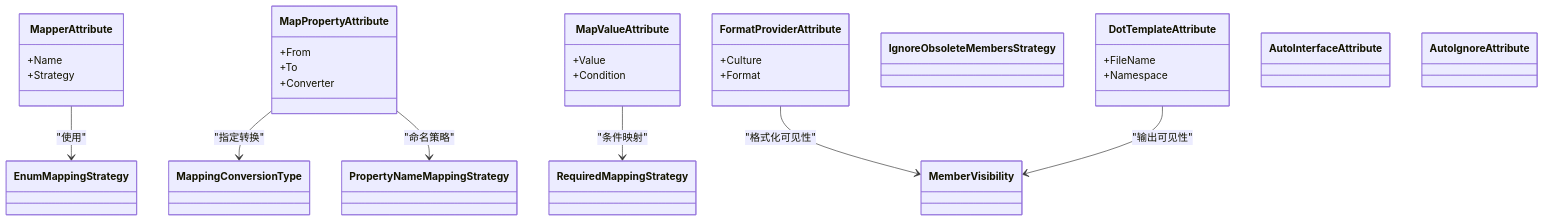
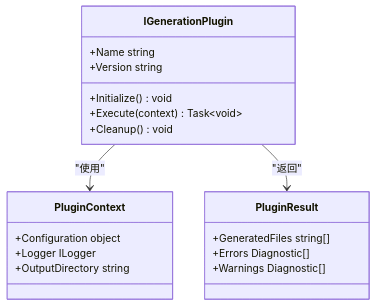
The third of 5 diagrams in .qoder/repowiki/zh/content/扩展开发/扩展开发.md (alivy/AutoCode), drawn with Mermaid before and after one commit. The commit also changed other lines of this file and 150 other files, not shown here.

````diff
--- a/.qoder/repowiki/zh/content/扩展开发/扩展开发.md
+++ b/.qoder/repowiki/zh/content/扩展开发/扩展开发.md
@@ -192,38 +153,22 @@
 ```mermaid
 classDiagram
-class MapperAttribute {
-+Name
-+Strategy
+class IGenerationPlugin {
++Initialize() void
++Execute(context) Task~void~
++Cleanup() void
++Name string
++Version string
 }
-class MapPropertyAttribute {
-+From
-+To
-+Converter
+class PluginContext {
++Configuration object
++Logger ILogger
++OutputDirectory string
 }
-class MapValueAttribute {
-+Value
-+Condition
+class PluginResult {
++GeneratedFiles string[]
++Errors Diagnostic[]
++Warnings Diagnostic[]
 }
-class FormatProviderAttribute {
-+Culture
-+Format
-}
-class EnumMappingStrategy
-class MappingConversionType
-class PropertyNameMappingStrategy
-class RequiredMappingStrategy
-class MemberVisibility
-class IgnoreObsoleteMembersStrategy
-class DotTemplateAttribute {
-+FileName
-+Namespace
-}
-class AutoInterfaceAttribute
-class AutoIgnoreAttribute
-MapperAttribute --> EnumMappingStrategy : "使用"
-MapPropertyAttribute --> MappingConversionType : "指定转换"
-MapPropertyAttribute --> PropertyNameMappingStrategy : "命名策略"
-MapValueAttribute --> RequiredMappingStrategy : "条件映射"
-FormatProviderAttribute --> MemberVisibility : "格式化可见性"
-DotTemplateAttribute --> MemberVisibility : "输出可见性"
+IGenerationPlugin --> PluginContext : "使用"
+IGenerationPlugin --> PluginResult : "返回"
 ```
````
